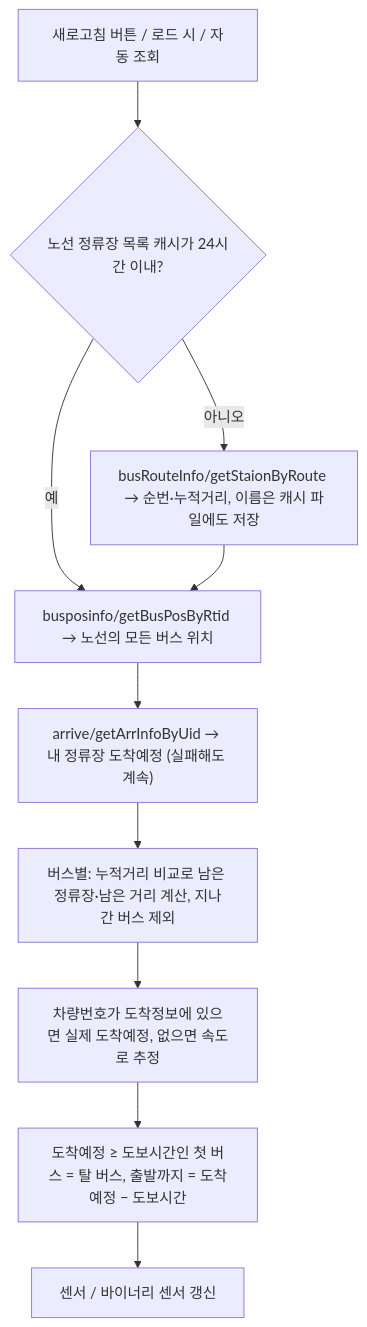
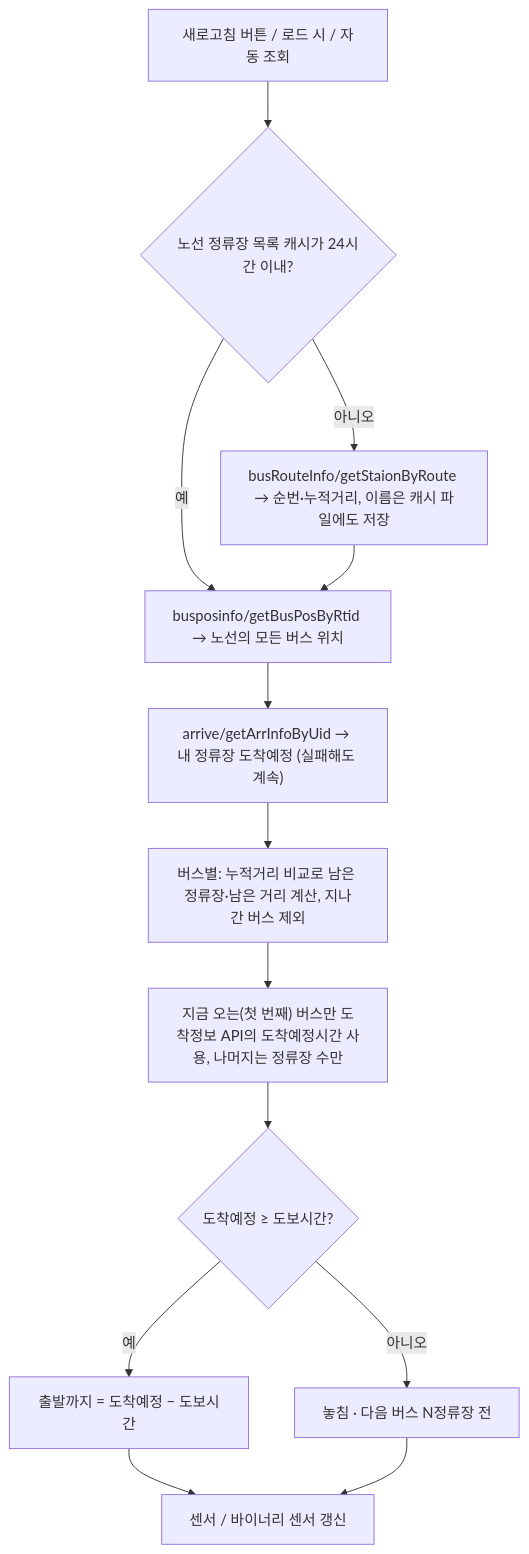
One commit to phoenix9469/DaejeonBus_HA changed the third of 5 diagrams in README.md. Above: the diagram before and after it, drawn with Mermaid. The commit also changed other lines of this file and 8 other files, not shown here.

````diff
--- a/README.md
+++ b/README.md
@@ -99,12 +99,15 @@
 ```mermaid
 flowchart TD
     A["새로고침 버튼 / 로드 시 / 자동 조회"] --> B{"노선 정류장 목록 캐시가 24시간 이내?"}
     B -- 아니오 --> C["busRouteInfo/getStaionByRoute → 순번·누적거리, 이름은 캐시 파일에도 저장"]
     B -- 예 --> D
     C --> D["busposinfo/getBusPosByRtid → 노선의 모든 버스 위치"]
     D --> E["arrive/getArrInfoByUid → 내 정류장 도착예정 (실패해도 계속)"]
     E --> F["버스별: 누적거리 비교로 남은 정류장·남은 거리 계산, 지나간 버스 제외"]
-    F --> G["차량번호가 도착정보에 있으면 실제 도착예정, 없으면 속도로 추정"]
-    G --> H["도착예정 ≥ 도보시간인 첫 버스 = 탈 버스, 출발까지 = 도착예정 − 도보시간"]
-    H --> I["센서 / 바이너리 센서 갱신"]
+    F --> G["지금 오는(첫 번째) 버스만 도착정보 API의 도착예정시간 사용, 나머지는 정류장 수만"]
+    G --> H{"도착예정 ≥ 도보시간?"}
+    H -- 예 --> J["출발까지 = 도착예정 − 도보시간"]
+    H -- 아니오 --> K["놓침 · 다음 버스 N정류장 전"]
+    J --> I["센서 / 바이너리 센서 갱신"]
+    K --> I
 ```
````
